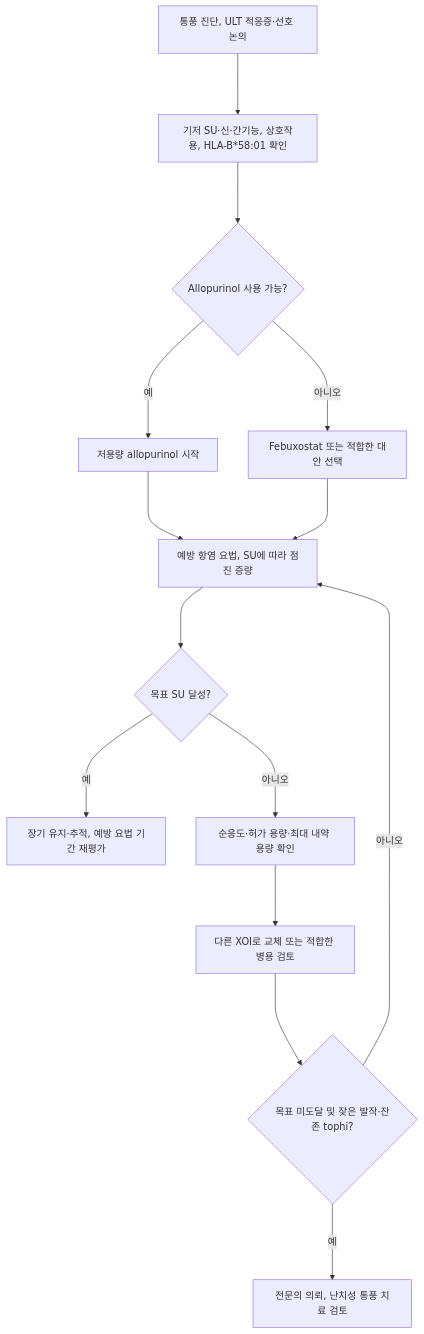
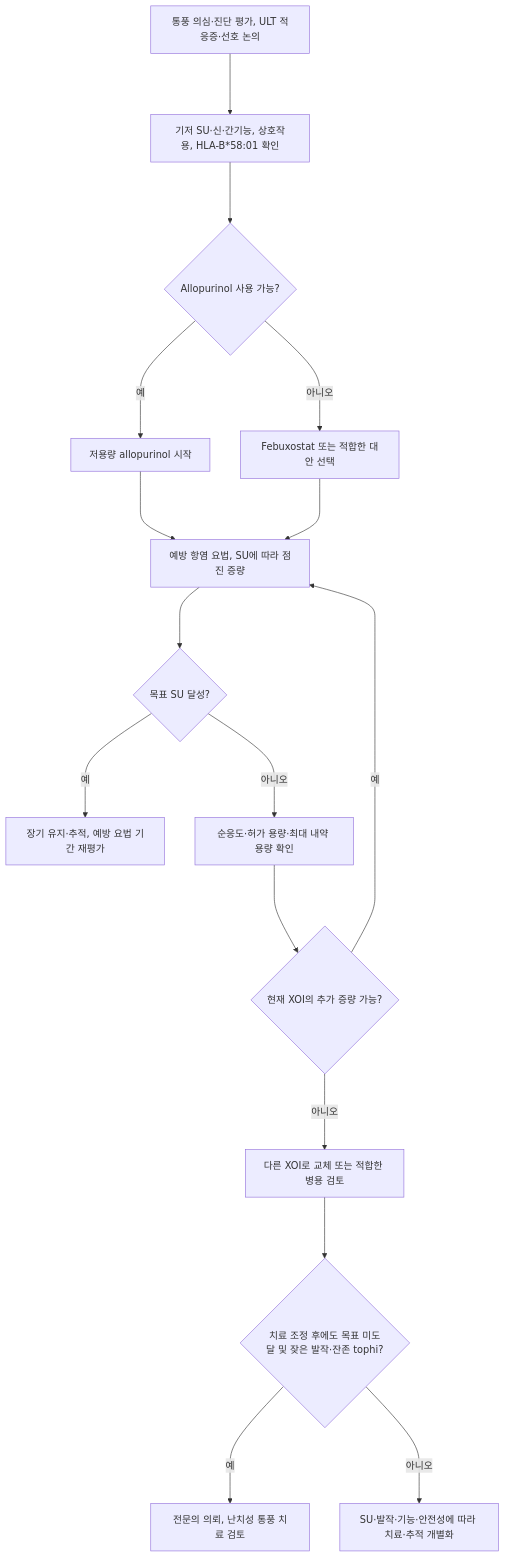
The second of 2 diagrams in 228_/152_-gout.md (familyoh77/familyoh77), drawn with Mermaid before and after one commit. The commit also changed other lines of this file and 7 other files, not shown here.

````diff
--- a/228_/152_-gout.md
+++ b/228_/152_-gout.md
@@ -271,16 +274,18 @@
 ```mermaid
 graph TD
-    A2["통풍 진단, ULT 적응증·선호 논의"] ---> B2["기저 SU·신·간기능, 상호작용, HLA-B*58:01 확인"]
+    A2["통풍 의심·진단 평가, ULT 적응증·선호 논의"] ---> B2["기저 SU·신·간기능, 상호작용, HLA-B*58:01 확인"]
     B2 ---> C2{"Allopurinol 사용 가능?"}
     C2 --->|예| D2["저용량 allopurinol 시작"]
     C2 --->|아니오| E2["Febuxostat 또는 적합한 대안 선택"]
     D2 ---> F2["예방 항염 요법, SU에 따라 점진 증량"]
     E2 ---> F2
     F2 ---> G2{"목표 SU 달성?"}
     G2 --->|예| H2["장기 유지·추적, 예방 요법 기간 재평가"]
     G2 --->|아니오| I2["순응도·허가 용량·최대 내약 용량 확인"]
-    I2 ---> J2["다른 XOI로 교체 또는 적합한 병용 검토"]
-    J2 ---> K2{"목표 미도달 및 잦은 발작·잔존 tophi?"}
+    I2 ---> Q2{"현재 XOI의 추가 증량 가능?"}
+    Q2 --->|예| F2
+    Q2 --->|아니오| J2["다른 XOI로 교체 또는 적합한 병용 검토"]
+    J2 ---> K2{"치료 조정 후에도 목표 미도달 및 잦은 발작·잔존 tophi?"}
     K2 --->|예| L2["전문의 의뢰, 난치성 통풍 치료 검토"]
-    K2 --->|아니오| F2
+    K2 --->|아니오| M2["SU·발작·기능·안전성에 따라 치료·추적 개별화"]
 ```
````
